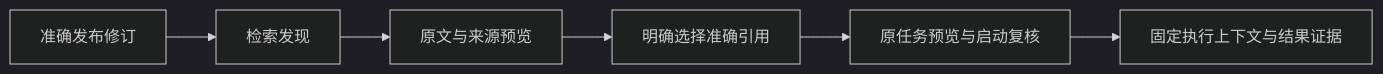
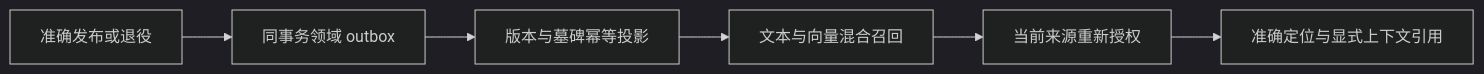
The diagram in docs/delivery/knowledge-discovery-next.md (ai-mada/suma), drawn with Mermaid (dark theme) before and after one commit. The commit also changed other lines of this file and 71 other files, not shown here.

````diff
--- a/docs/delivery/knowledge-discovery-next.md
+++ b/docs/delivery/knowledge-discovery-next.md
@@ -24,8 +24,8 @@
 ```mermaid
 flowchart LR
-    A[准确发布修订] --> B[检索发现]
-    B --> C[原文与来源预览]
-    C --> D[明确选择准确引用]
-    D --> E[原任务预览与启动复核]
-    E --> F[固定执行上下文与结果证据]
+    A[准确发布或退役] --> B[同事务领域 outbox]
+    B --> C[版本与墓碑幂等投影]
+    C --> D[文本与向量混合召回]
+    D --> E[当前来源重新授权]
+    E --> F[准确定位与显式上下文引用]
 ```
````
